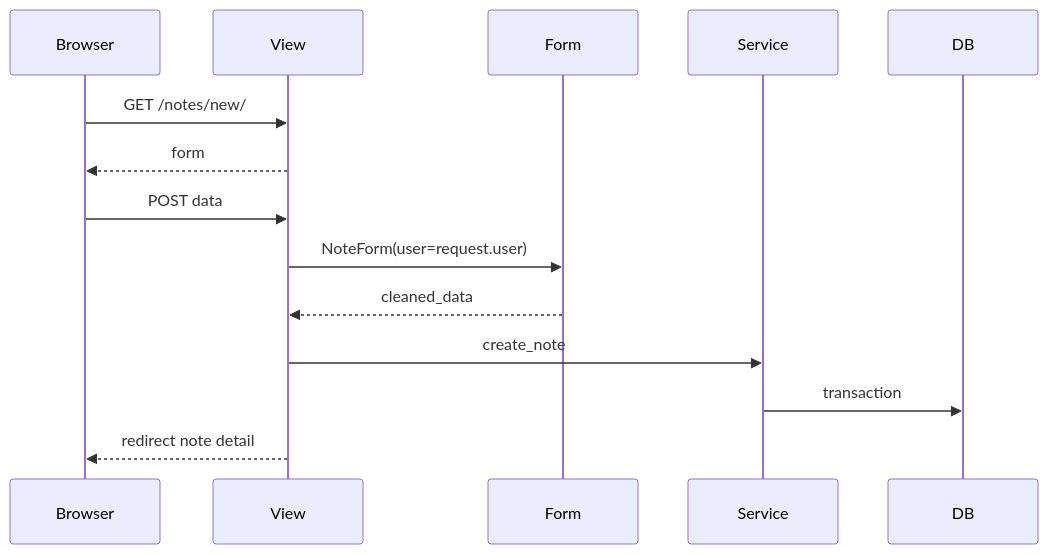
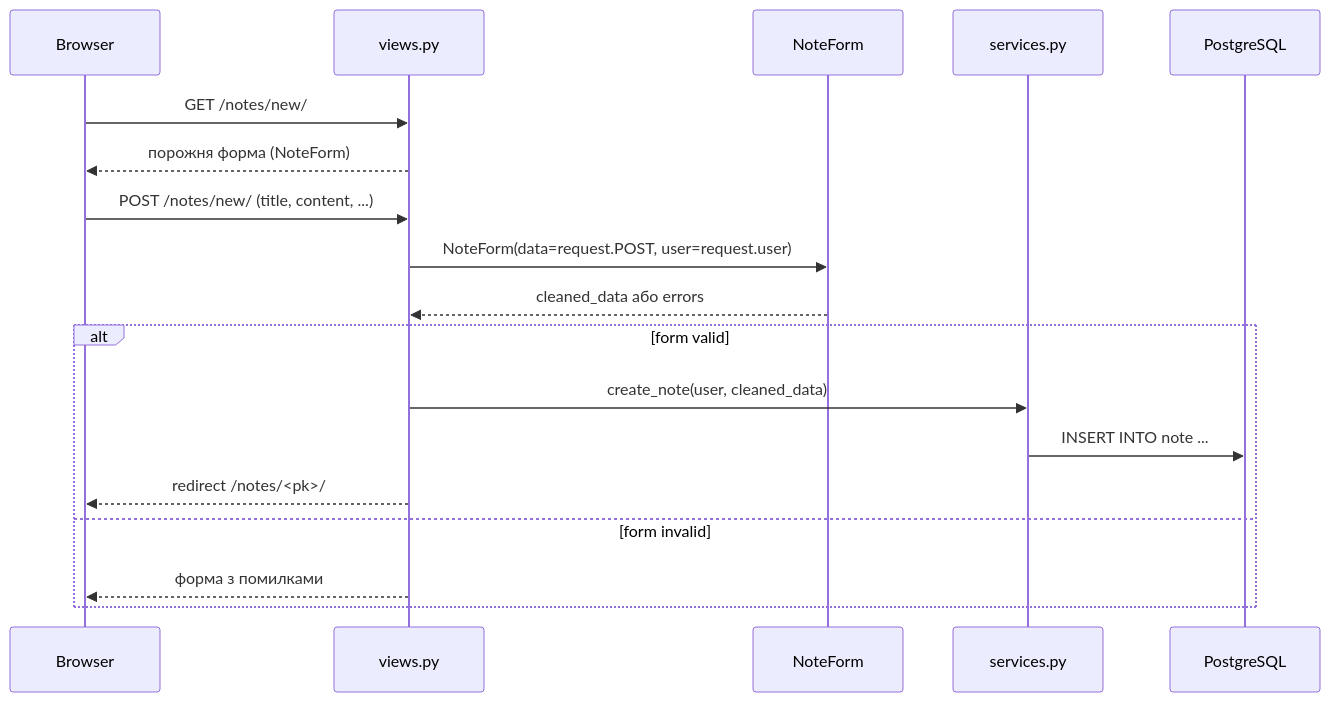
Before and after one commit to NikoriakViktot/notes_chat_app: the first of 5 diagrams in docs/12_final_project/request_flows.md, drawn with Mermaid. The commit also changed other lines of this file and 179 other files, not shown here.

````diff
--- a/docs/12_final_project/request_flows.md
+++ b/docs/12_final_project/request_flows.md
@@ -5,11 +9,22 @@
 ```mermaid
 sequenceDiagram
-Browser->>View: GET /notes/new/
-View-->>Browser: form
-Browser->>View: POST data
-View->>Form: NoteForm(user=request.user)
-Form-->>View: cleaned_data
-View->>Service: create_note
-Service->>DB: transaction
-View-->>Browser: redirect note detail
+    participant B as Browser
+    participant V as views.py
+    participant F as NoteForm
+    participant Sv as services.py
+    participant DB as PostgreSQL
+
+    B->>V: GET /notes/new/
+    V-->>B: порожня форма (NoteForm)
+
+    B->>V: POST /notes/new/ (title, content, ...)
+    V->>F: NoteForm(data=request.POST, user=request.user)
+    F-->>V: cleaned_data або errors
+    alt form valid
+        V->>Sv: create_note(user, cleaned_data)
+        Sv->>DB: INSERT INTO note ...
+        V-->>B: redirect /notes/<pk>/
+    else form invalid
+        V-->>B: форма з помилками
+    end
 ```
````
